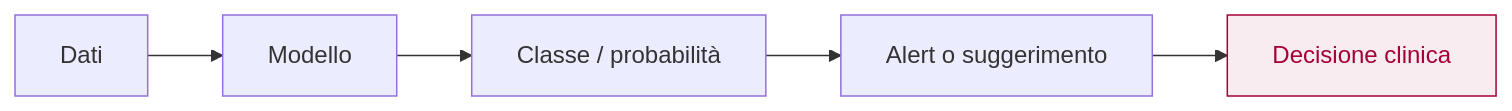
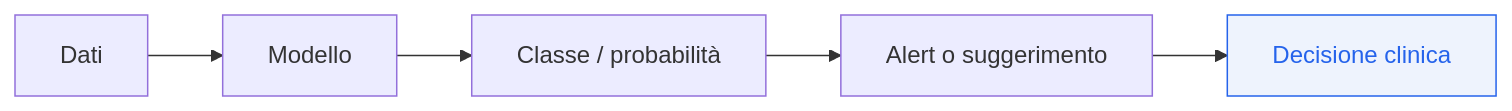
One commit to cremarco/mindful-workshop changed the first of 4 diagrams in slides.md. Above: the diagram before and after it, drawn with Mermaid. The commit also changed other lines of this file and 4 other files, not shown here.

````diff
--- a/slides.md
+++ b/slides.md
@@ -728,8 +742,8 @@
 ```mermaid {theme: 'base'}
 flowchart LR
   A["Dati"] --> B["Modello"]
   B --> C["Classe / probabilità"]
   C --> D["Alert o suggerimento"]
   D --> E["Decisione clinica"]
-  style E fill:#f8ecf0,stroke:#a50036,color:#a50036
+  style E fill:#eef3fd,stroke:#2563eb,color:#2563eb
 ```
````
